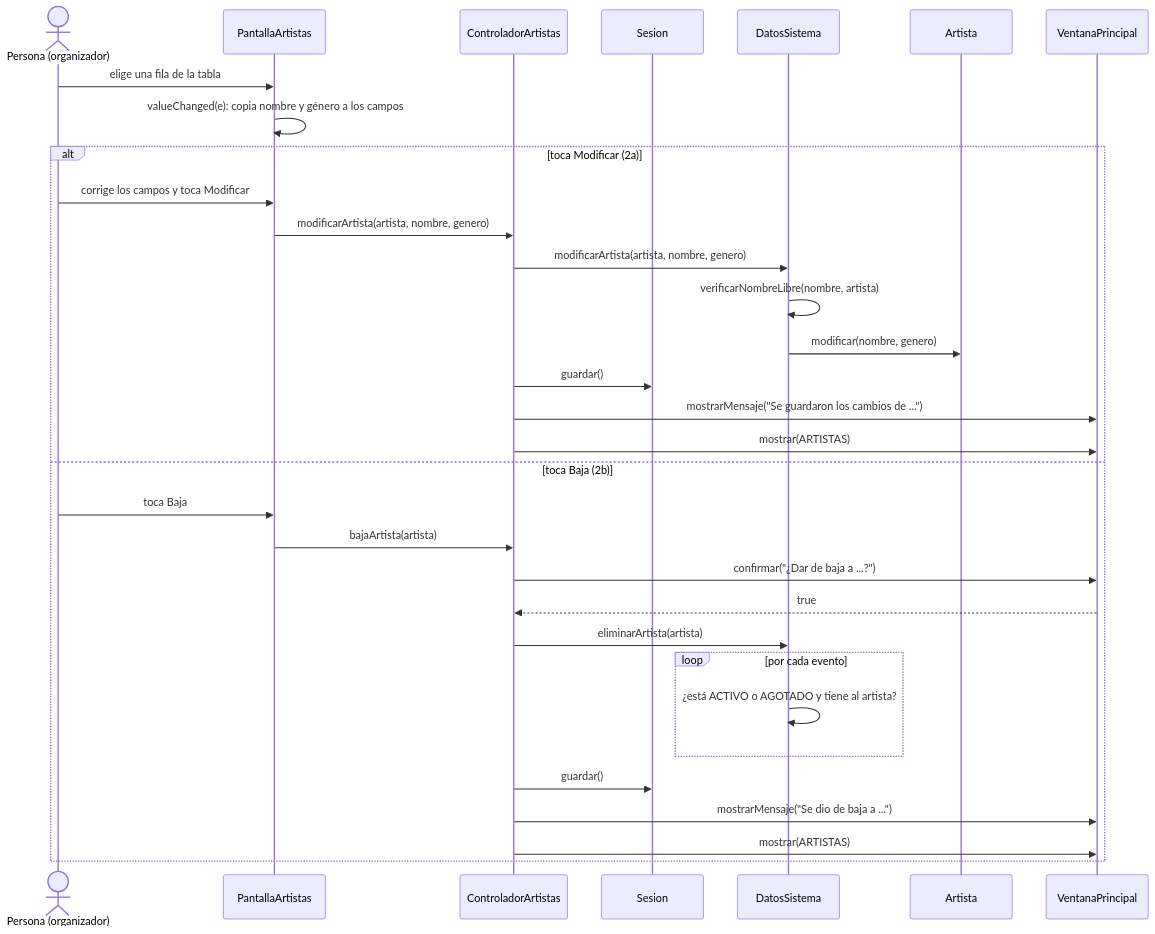
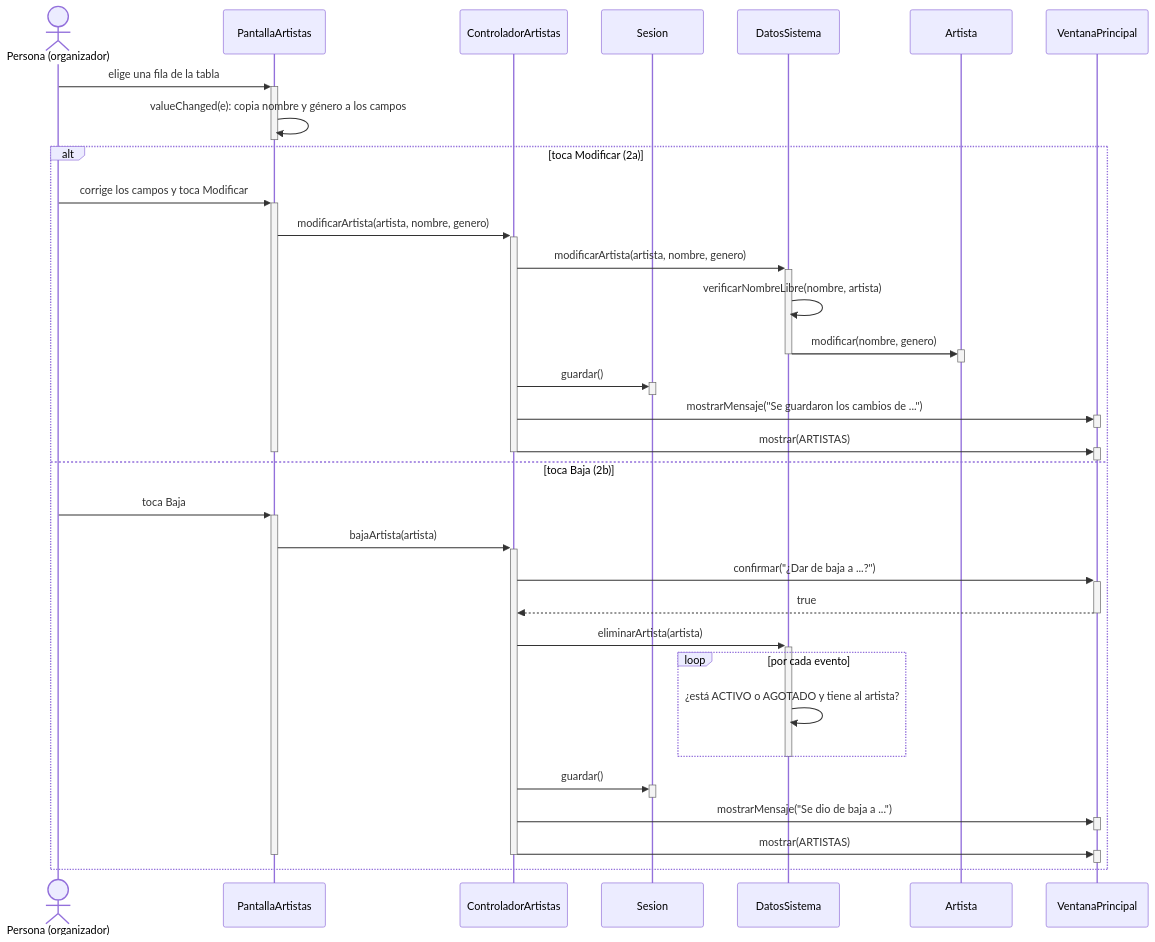
The second of 2 diagrams in docs/diseno/secuencias/CU15-gestionar-artistas.md (AgustinSimonenco/gestion-eventos-musicales), drawn with Mermaid before and after one commit. The commit also changed other lines of this file and 12 other files, not shown here.

First line of the commit message:
Agregar barras de activación a todos los diagramas de secuencia

````diff
--- a/docs/diseno/secuencias/CU15-gestionar-artistas.md
+++ b/docs/diseno/secuencias/CU15-gestionar-artistas.md
@@ -51,36 +65,50 @@
 ```mermaid
 sequenceDiagram
     actor O as Persona (organizador)
     participant P as PantallaArtistas
     participant C as ControladorArtistas
     participant S as Sesion
     participant D as DatosSistema
     participant A as Artista
     participant V as VentanaPrincipal
 
-    O->>P: elige una fila de la tabla
+    O->>+P: elige una fila de la tabla
     P->>P: valueChanged(e): copia nombre y género a los campos
+    deactivate P
 
     alt toca Modificar (2a)
-        O->>P: corrige los campos y toca Modificar
-        P->>C: modificarArtista(artista, nombre, genero)
-        C->>D: modificarArtista(artista, nombre, genero)
+        O->>+P: corrige los campos y toca Modificar
+        P->>+C: modificarArtista(artista, nombre, genero)
+        C->>+D: modificarArtista(artista, nombre, genero)
         D->>D: verificarNombreLibre(nombre, artista)
-        D->>A: modificar(nombre, genero)
-        C->>S: guardar()
-        C->>V: mostrarMensaje("Se guardaron los cambios de ...")
-        C->>V: mostrar(ARTISTAS)
+        D->>+A: modificar(nombre, genero)
+        deactivate A
+        deactivate D
+        C->>+S: guardar()
+        deactivate S
+        C->>+V: mostrarMensaje("Se guardaron los cambios de ...")
+        deactivate V
+        C->>+V: mostrar(ARTISTAS)
+        deactivate V
+        deactivate C
+        deactivate P
     else toca Baja (2b)
-        O->>P: toca Baja
-        P->>C: bajaArtista(artista)
-        C->>V: confirmar("¿Dar de baja a ...?")
-        V-->>C: true
-        C->>D: eliminarArtista(artista)
+        O->>+P: toca Baja
+        P->>+C: bajaArtista(artista)
+        C->>+V: confirmar("¿Dar de baja a ...?")
+        V-->>-C: true
+        C->>+D: eliminarArtista(artista)
         loop por cada evento
             D->>D: ¿está ACTIVO o AGOTADO y tiene al artista?
         end
-        C->>S: guardar()
-        C->>V: mostrarMensaje("Se dio de baja a ...")
-        C->>V: mostrar(ARTISTAS)
+        deactivate D
+        C->>+S: guardar()
+        deactivate S
+        C->>+V: mostrarMensaje("Se dio de baja a ...")
+        deactivate V
+        C->>+V: mostrar(ARTISTAS)
+        deactivate V
+        deactivate C
+        deactivate P
     end
 ```
````
